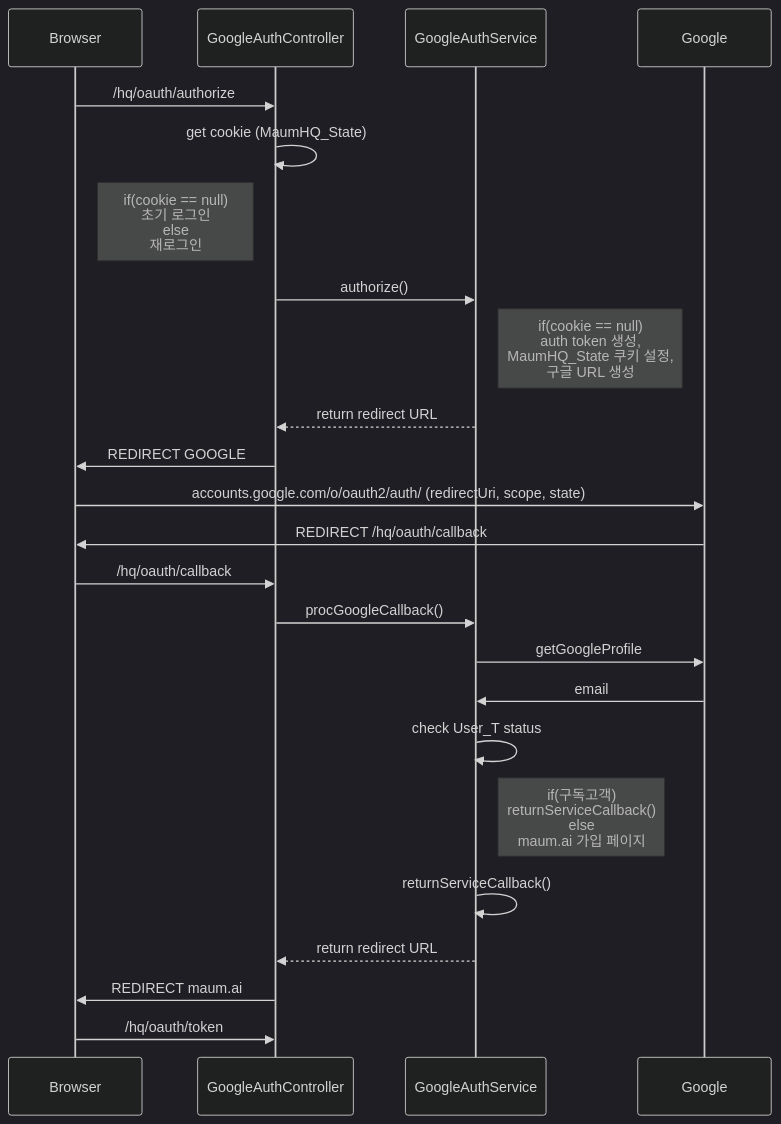
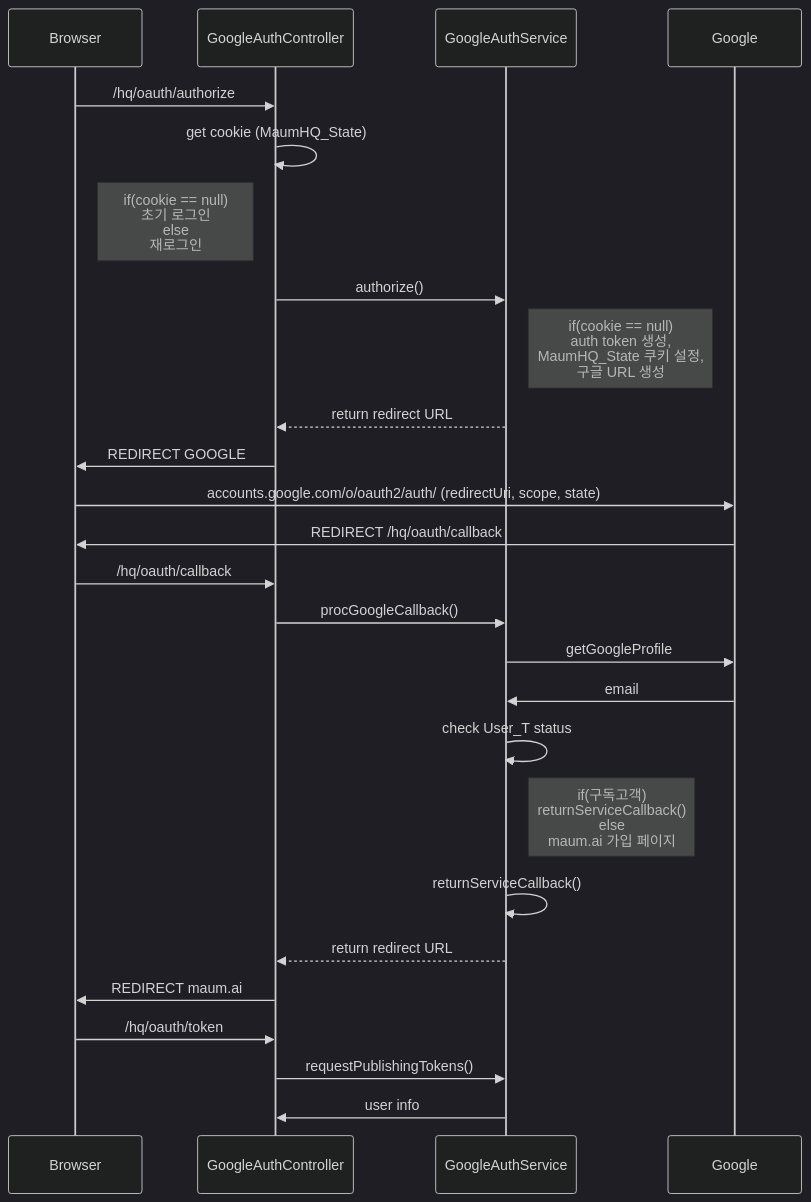
The first of 2 diagrams in Architecture.md (Ye-Jun/SSO), drawn with Mermaid (dark theme) before and after one commit. The commit also changed other lines of this file, not shown here.

Commit message:
Architecture.md updated from https://stackedit.io/

````diff
--- a/Architecture.md
+++ b/Architecture.md
@@ -3,25 +3,26 @@
 ```mermaid
 sequenceDiagram
 Browser ->> GoogleAuthController : /hq/oauth/authorize
 GoogleAuthController ->> GoogleAuthController : get cookie (MaumHQ_State)
 Note left of GoogleAuthController: if(cookie == null)<br/>초기 로그인<br/> else<br/>재로그인
 GoogleAuthController ->> GoogleAuthService : authorize()
 Note right of GoogleAuthService : if(cookie == null) <br/>auth token 생성,<br/> MaumHQ_State 쿠키 설정, <br/>구글 URL 생성
 GoogleAuthService -->> GoogleAuthController : return redirect URL
 GoogleAuthController ->> Browser : REDIRECT GOOGLE
 Browser ->> Google : accounts.google.com/o/oauth2/auth/ (redirectUri, scope, state)
 Google ->> Browser : REDIRECT /hq/oauth/callback
 Browser ->> GoogleAuthController : /hq/oauth/callback
 GoogleAuthController ->> GoogleAuthService : procGoogleCallback()
 GoogleAuthService ->> Google : getGoogleProfile
 Google ->> GoogleAuthService : email
 GoogleAuthService ->> GoogleAuthService : check User_T status
 Note right of GoogleAuthService : if(구독고객)<br/>returnServiceCallback()<br/>else<br/>maum.ai 가입 페이지
 GoogleAuthService ->> GoogleAuthService : returnServiceCallback()
 GoogleAuthService -->> GoogleAuthController : return redirect URL
 GoogleAuthController ->> Browser : REDIRECT maum.ai
 Browser ->> GoogleAuthController : /hq/oauth/token
-
+GoogleAuthController ->> GoogleAuthService : requestPublishingTokens()
+GoogleAuthService ->> GoogleAuthController : user info
 
 
 ```
````
